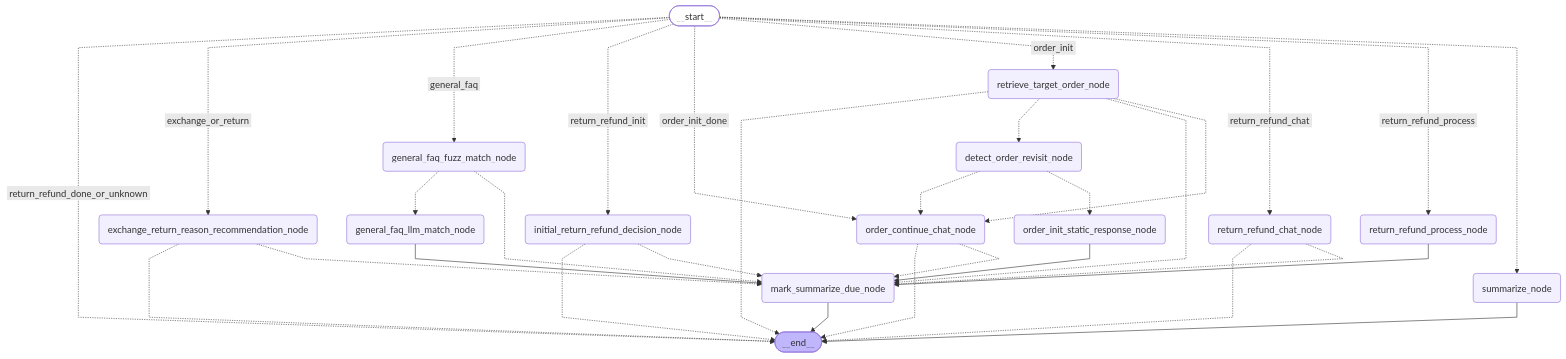
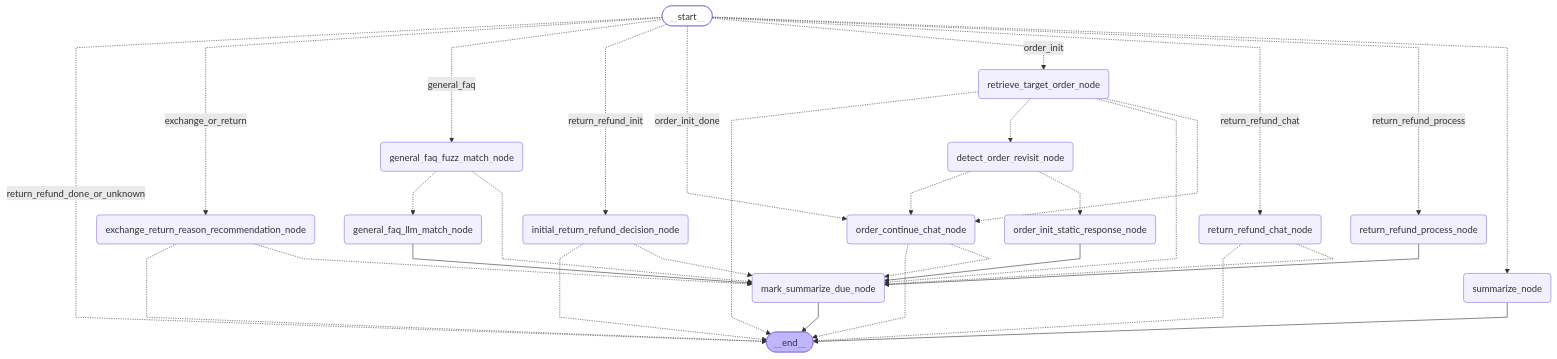
Before and after one commit to threecuptea/customer-support-agents: the first of 2 diagrams in README.md, drawn with Mermaid. The commit also changed other lines of this file and 3 other files, not shown here.

````diff
--- a/README.md
+++ b/README.md
@@ -53,55 +58,55 @@
 ```mermaid
 ---
 config:
   flowchart:
     curve: linear
 ---
 graph TD;
 	__start__([<p>__start__</p>]):::first
 	summarize_node(summarize_node)
 	mark_summarize_due_node(mark_summarize_due_node)
 	general_faq_fuzz_match_node(general_faq_fuzz_match_node)
 	general_faq_llm_match_node(general_faq_llm_match_node)
 	order_continue_chat_node(order_continue_chat_node)
 	retrieve_target_order_node(retrieve_target_order_node)
 	detect_order_revisit_node(detect_order_revisit_node)
 	order_init_static_response_node(order_init_static_response_node)
 	exchange_return_reason_recommendation_node(exchange_return_reason_recommendation_node)
 	initial_return_refund_decision_node(initial_return_refund_decision_node)
 	return_refund_process_node(return_refund_process_node)
 	return_refund_chat_node(return_refund_chat_node)
 	__end__([<p>__end__</p>]):::last
-	__start__ -. &nbsp;return_refund_done_or_unknown&nbsp; .-> __end__;
-	__start__ -. &nbsp;exchange_or_return&nbsp; .-> exchange_return_reason_recommendation_node;
-	__start__ -. &nbsp;general_faq&nbsp; .-> general_faq_fuzz_match_node;
-	__start__ -. &nbsp;return_refund_init&nbsp; .-> initial_return_refund_decision_node;
-	__start__ -. &nbsp;order_init_done&nbsp; .-> order_continue_chat_node;
-	__start__ -. &nbsp;order_init&nbsp; .-> retrieve_target_order_node;
-	__start__ -. &nbsp;return_refund_chat&nbsp; .-> return_refund_chat_node;
-	__start__ -. &nbsp;return_refund_process&nbsp; .-> return_refund_process_node;
+	__start__ -.  return_refund_done_or_unknown  .-> __end__;
+	__start__ -.  exchange_or_return  .-> exchange_return_reason_recommendation_node;
+	__start__ -.  general_faq  .-> general_faq_fuzz_match_node;
+	__start__ -.  return_refund_init  .-> initial_return_refund_decision_node;
+	__start__ -.  order_init_done  .-> order_continue_chat_node;
+	__start__ -.  order_init  .-> retrieve_target_order_node;
+	__start__ -.  return_refund_chat  .-> return_refund_chat_node;
+	__start__ -.  return_refund_process  .-> return_refund_process_node;
 	__start__ -.-> summarize_node;
 	detect_order_revisit_node -.-> order_continue_chat_node;
 	detect_order_revisit_node -.-> order_init_static_response_node;
 	exchange_return_reason_recommendation_node -.-> __end__;
 	exchange_return_reason_recommendation_node -.-> mark_summarize_due_node;
 	general_faq_fuzz_match_node -.-> general_faq_llm_match_node;
 	general_faq_fuzz_match_node -.-> mark_summarize_due_node;
 	general_faq_llm_match_node --> mark_summarize_due_node;
 	initial_return_refund_decision_node -.-> __end__;
 	initial_return_refund_decision_node -.-> mark_summarize_due_node;
 	order_continue_chat_node -.-> __end__;
 	order_continue_chat_node -.-> mark_summarize_due_node;
 	order_init_static_response_node --> mark_summarize_due_node;
 	retrieve_target_order_node -.-> __end__;
 	retrieve_target_order_node -.-> detect_order_revisit_node;
 	retrieve_target_order_node -.-> mark_summarize_due_node;
 	retrieve_target_order_node -.-> order_continue_chat_node;
 	return_refund_chat_node -.-> __end__;
 	return_refund_chat_node -.-> mark_summarize_due_node;
 	return_refund_process_node --> mark_summarize_due_node;
 	mark_summarize_due_node --> __end__;
 	summarize_node --> __end__;
 	classDef default fill:#f2f0ff,line-height:1.2
 	classDef first fill-opacity:0
 	classDef last fill:#bfb6fc
 ```
````
